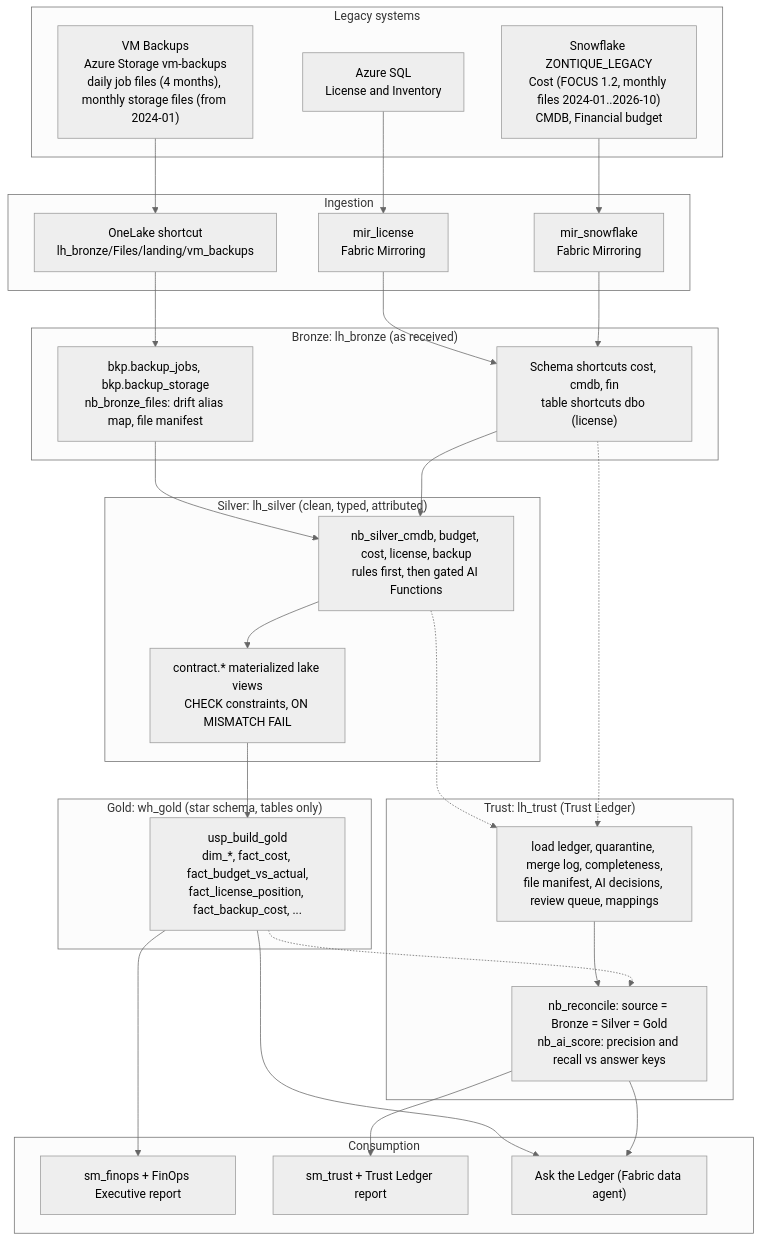
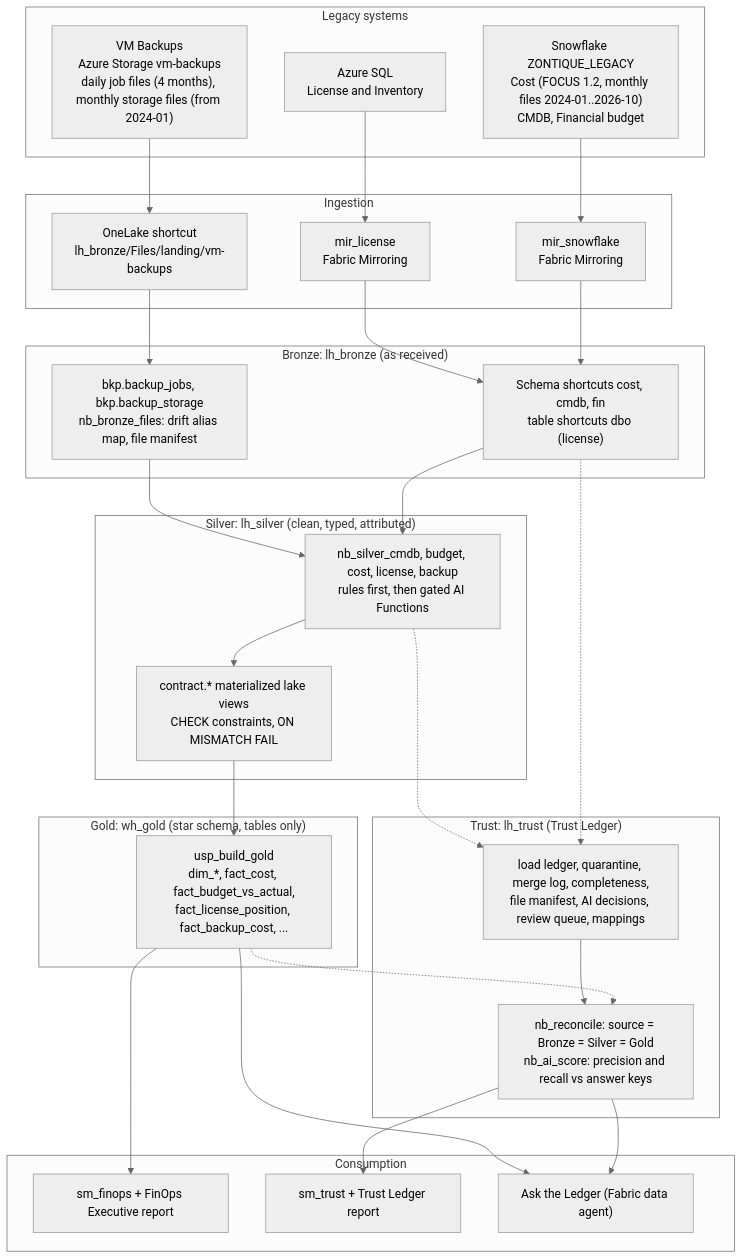
Before and after one commit to vardges-16/legacy-defuse-kit: the diagram in docs/architecture.md, drawn with Mermaid (neutral theme). The commit also changed 6 other files, not shown here.

````diff
--- a/docs/architecture.md
+++ b/docs/architecture.md
@@ -7,45 +7,45 @@
 ```mermaid
 flowchart TB
   subgraph SRC["Legacy systems"]
     SF["Snowflake ZONTIQUE_LEGACY<br/>Cost (FOCUS 1.2, monthly files 2024-01..2026-10)<br/>CMDB, Financial budget"]
     SQL["Azure SQL<br/>License and Inventory"]
     CSV["VM Backups<br/>Azure Storage vm-backups<br/>daily job files (4 months), monthly storage files (from 2024-01)"]
   end
   subgraph ING["Ingestion"]
     M1["mir_snowflake<br/>Fabric Mirroring"]
     M2["mir_license<br/>Fabric Mirroring"]
-    UP["OneLake shortcut<br/>lh_bronze/Files/landing/vm_backups"]
+    UP["OneLake shortcut<br/>lh_bronze/Files/landing/vm-backups"]
   end
   subgraph BRZ["Bronze: lh_bronze (as received)"]
     B1["Schema shortcuts cost, cmdb, fin<br/>table shortcuts dbo (license)"]
     B2["bkp.backup_jobs, bkp.backup_storage<br/>nb_bronze_files: drift alias map, file manifest"]
   end
   subgraph SLV["Silver: lh_silver (clean, typed, attributed)"]
     S1["nb_silver_cmdb, budget, cost, license, backup<br/>rules first, then gated AI Functions"]
     S2["contract.* materialized lake views<br/>CHECK constraints, ON MISMATCH FAIL"]
   end
   subgraph GLD["Gold: wh_gold (star schema, tables only)"]
     G1["usp_build_gold<br/>dim_*, fact_cost, fact_budget_vs_actual,<br/>fact_license_position, fact_backup_cost, ..."]
   end
   subgraph TRU["Trust: lh_trust (Trust Ledger)"]
     T1["load ledger, quarantine, merge log, completeness,<br/>file manifest, AI decisions, review queue, mappings"]
     T2["nb_reconcile: source = Bronze = Silver = Gold<br/>nb_ai_score: precision and recall vs answer keys"]
   end
   subgraph OUT["Consumption"]
     R1["sm_finops + FinOps Executive report"]
     R2["sm_trust + Trust Ledger report"]
     DA["Ask the Ledger (Fabric data agent)"]
   end
   SF --> M1 --> B1
   SQL --> M2 --> B1
   CSV --> UP --> B2
   B1 --> S1
   B2 --> S1
   S1 --> S2 --> G1 --> R1
   B1 -.-> T1
   S1 -.-> T1
   G1 -.-> T2
   T1 --> T2 --> R2
   T2 --> DA
   G1 --> DA
 ```
````
